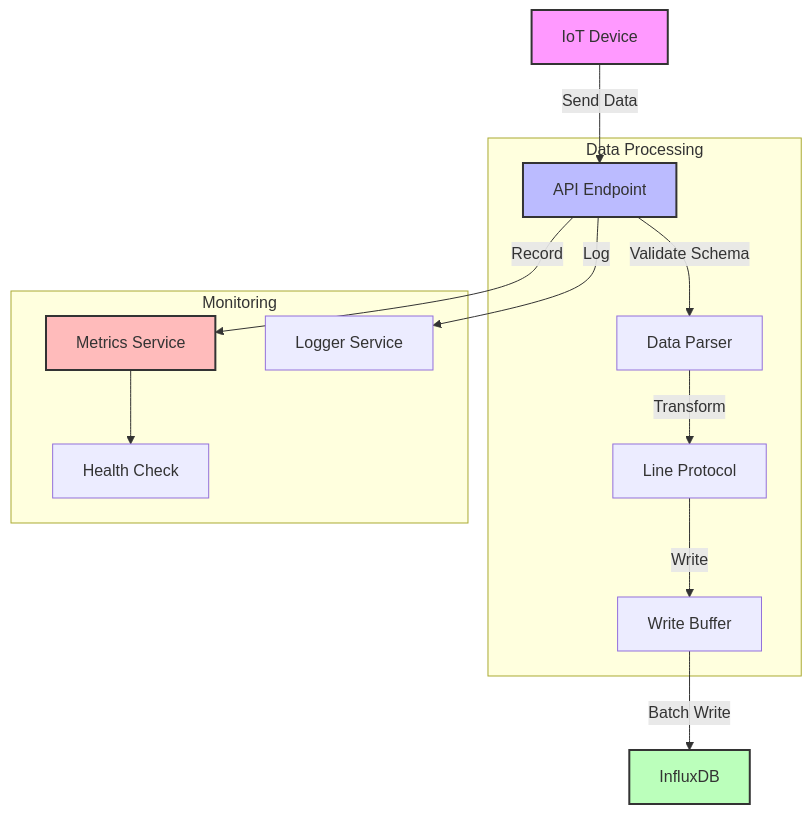
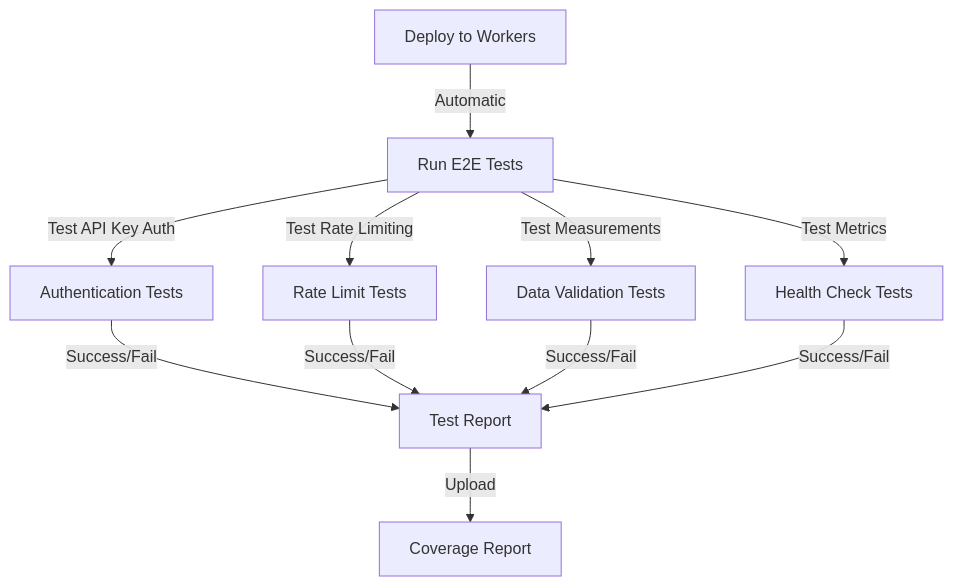
One commit to veilands/cf-learn changed the third of 5 diagrams in docs/architecture.md. Above: the diagram before and after it, drawn with Mermaid. The commit also changed other lines of this file and 4 other files, not shown here.

````diff
--- a/docs/architecture.md
+++ b/docs/architecture.md
@@ -89,23 +69,13 @@
 ```mermaid
 graph TD
-    Device[IoT Device] -->|Send Data| API[API Endpoint]
-    
-    subgraph Data Processing
-        API -->|Validate Schema| Parser[Data Parser]
-        Parser -->|Transform| Protocol[Line Protocol]
-        Protocol -->|Write| Buffer[Write Buffer]
-    end
-    
-    Buffer -->|Batch Write| IDB[InfluxDB]
-    
-    subgraph Monitoring
-        API -->|Record| Metrics[Metrics Service]
-        API -->|Log| Logger[Logger Service]
-        Metrics --> Health[Health Check]
-    end
-
-    style Device fill:#f9f,stroke:#333,stroke-width:2px
-    style API fill:#bbf,stroke:#333,stroke-width:2px
-    style IDB fill:#bfb,stroke:#333,stroke-width:2px
-    style Metrics fill:#fbb,stroke:#333,stroke-width:2px
+    Deploy[Deploy to Workers] -->|Automatic| Test[Run E2E Tests]
+    Test -->|Test API Key Auth| Auth[Authentication Tests]
+    Test -->|Test Rate Limiting| Rate[Rate Limit Tests]
+    Test -->|Test Measurements| Data[Data Validation Tests]
+    Test -->|Test Metrics| Health[Health Check Tests]
+    Auth -->|Success/Fail| Report[Test Report]
+    Rate -->|Success/Fail| Report
+    Data -->|Success/Fail| Report
+    Health -->|Success/Fail| Report
+    Report -->|Upload| Coverage[Coverage Report]
 ```
````
